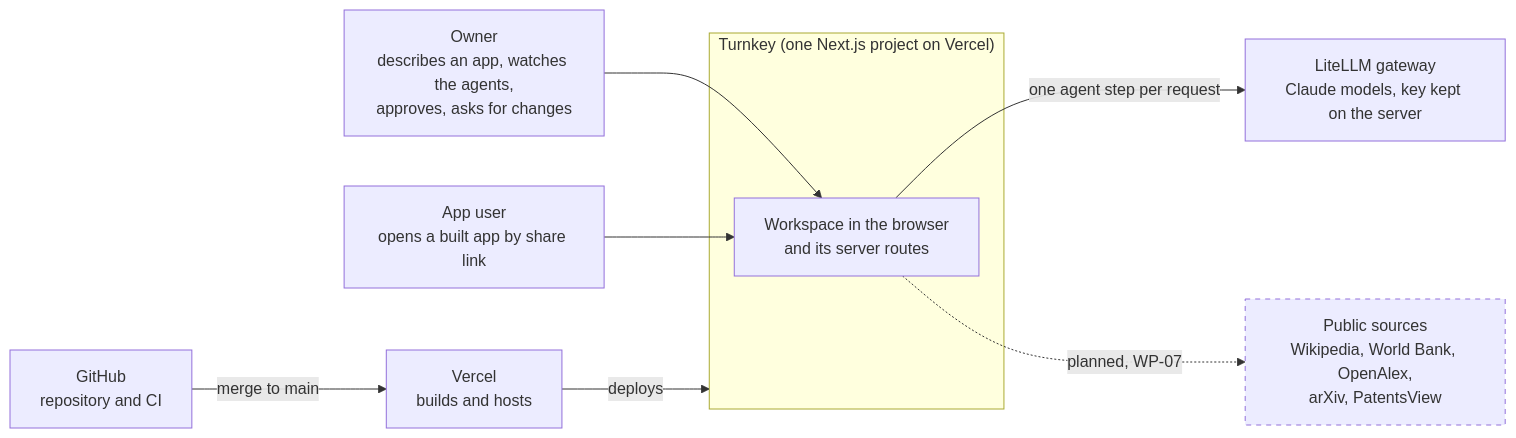
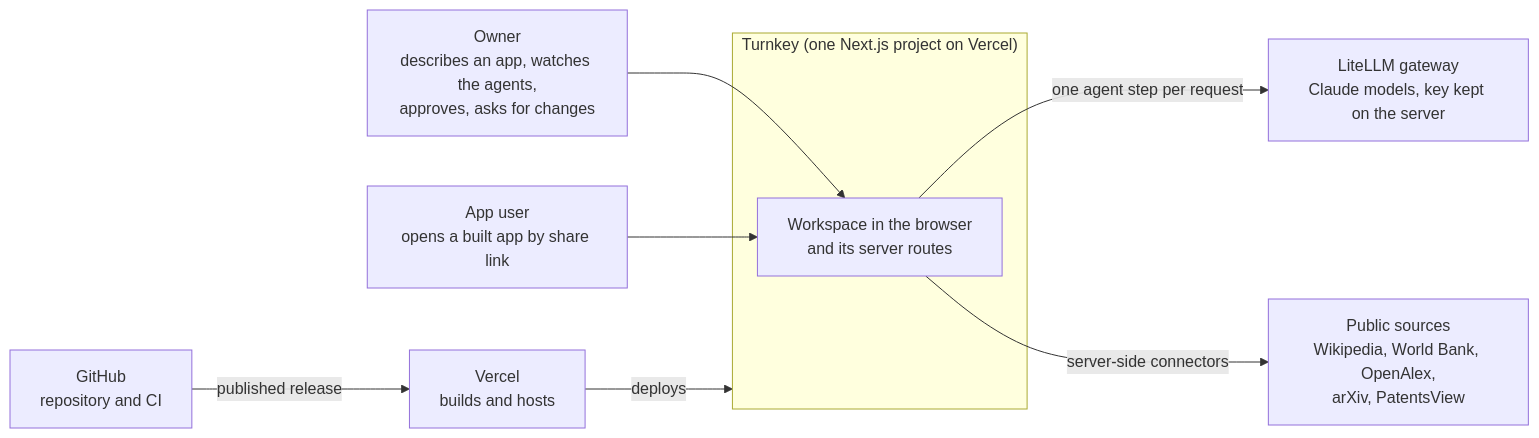
Before and after one commit to ismaeel-ch/Turnkey: the first of 9 diagrams in docs/architecture/overview.md, drawn with Mermaid. The commit also changed other lines of this file and 17 other files, not shown here.

````diff
--- a/docs/architecture/overview.md
+++ b/docs/architecture/overview.md
@@ -26,20 +30,18 @@
 ```mermaid
 flowchart LR
   owner["Owner<br/>describes an app, watches the agents,<br/>approves, asks for changes"]
   user["App user<br/>opens a built app by share link"]
   subgraph turnkey["Turnkey (one Next.js project on Vercel)"]
     ws["Workspace in the browser<br/>and its server routes"]
   end
   gw["LiteLLM gateway<br/>Claude models, key kept on the server"]
   pub["Public sources<br/>Wikipedia, World Bank, OpenAlex,<br/>arXiv, PatentsView"]
   gh["GitHub<br/>repository and CI"]
   vc["Vercel<br/>builds and hosts"]
   owner --> ws
   user --> ws
   ws -->|"one agent step per request"| gw
-  ws -.->|"planned, WP-07"| pub
-  gh -->|"merge to main"| vc
+  ws -->|"server-side connectors"| pub
+  gh -->|"published release"| vc
   vc -->|"deploys"| turnkey
-  classDef planned stroke-dasharray: 5 5
-  class pub planned
 ```
````
